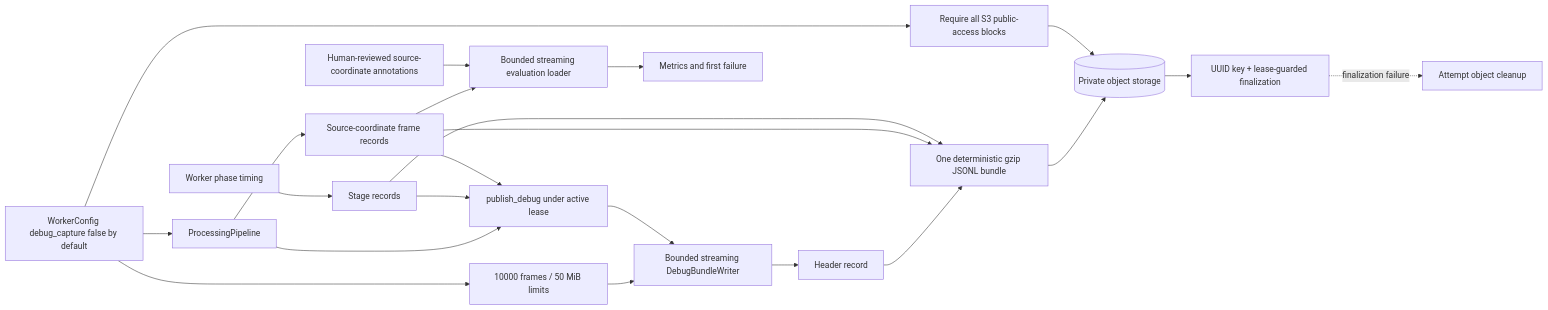
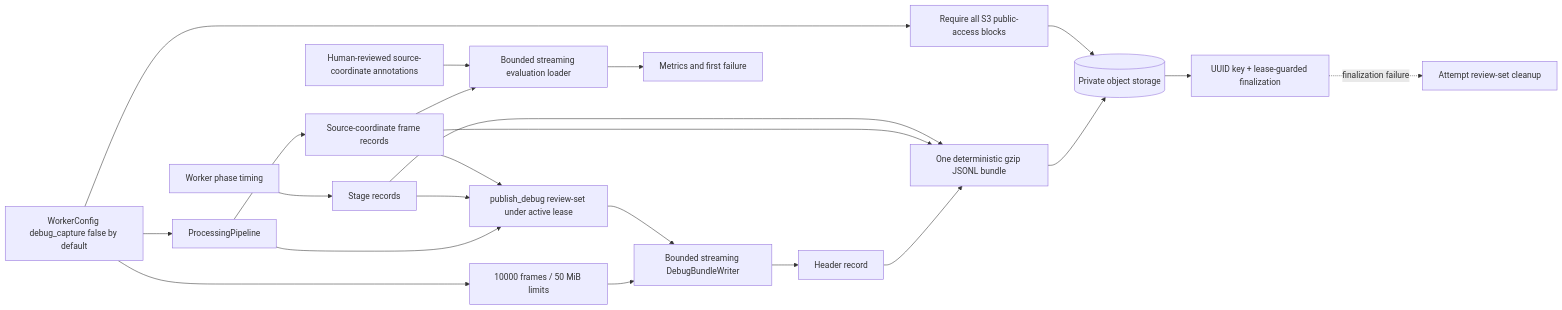
Before and after one commit to o0O96O0o/boulder-frame: the diagram in docs/specs/worker/debug-telemetry-and-evaluation.md, drawn with Mermaid. The commit also changed other lines of this file and 61 other files, not shown here.

````diff
--- a/docs/specs/worker/debug-telemetry-and-evaluation.md
+++ b/docs/specs/worker/debug-telemetry-and-evaluation.md
@@ -45,24 +49,24 @@
 ```mermaid
 flowchart LR
     C[WorkerConfig debug_capture false by default] --> P[ProcessingPipeline]
     C --> L[10000 frames / 50 MiB limits]
     C --> B[Require all S3 public-access blocks]
     P --> F[Source-coordinate frame records]
     K[Worker phase timing] --> S[Stage records]
-    P --> D[publish_debug under active lease]
+    P --> D[publish_debug review-set under active lease]
     S --> D
     F --> D
     L --> W[Bounded streaming DebugBundleWriter]
     D --> W
     W --> H[Header record]
     H --> G[One deterministic gzip JSONL bundle]
     F --> G
     S --> G
     G --> O[(Private object storage)]
     B --> O
     O --> R[UUID key + lease-guarded finalization]
-    R -. finalization failure .-> X[Attempt object cleanup]
+    R -. finalization failure .-> X[Attempt review-set cleanup]
     F --> E[Bounded streaming evaluation loader]
     A[Human-reviewed source-coordinate annotations] --> E
     E --> M[Metrics and first failure]
 ```
````
